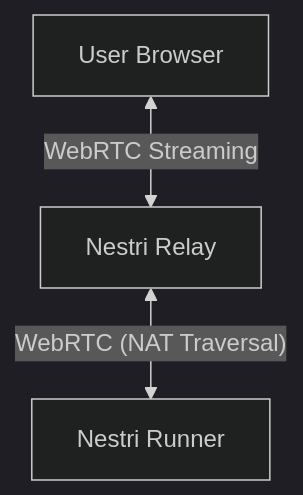
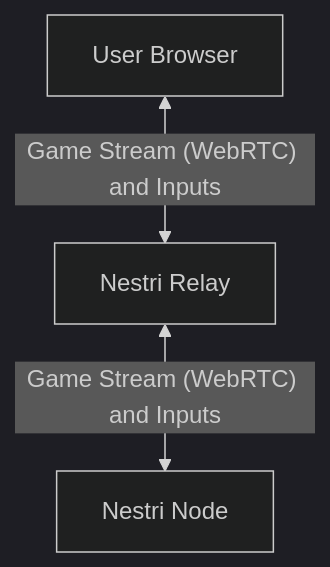
One commit to nestrilabs/nestri changed the diagram in README.md. Above: the diagram before and after it, drawn with Mermaid (dark theme). The commit also changed other lines of this file and 9 other files, not shown here.

````diff
--- a/README.md
+++ b/README.md
@@ -60,5 +57,5 @@
 ```mermaid
 graph TD;
-    A[User Browser] <-- WebRTC Streaming --> B[Nestri Relay];
-    B <-- WebRTC (NAT Traversal) --> C[Nestri Runner];
+    A[User Browser] <-- Game Stream (WebRTC) and Inputs --> B[Nestri Relay];
+    B <-- Game Stream (WebRTC) and Inputs --> C[Nestri Node];
 ```
````
